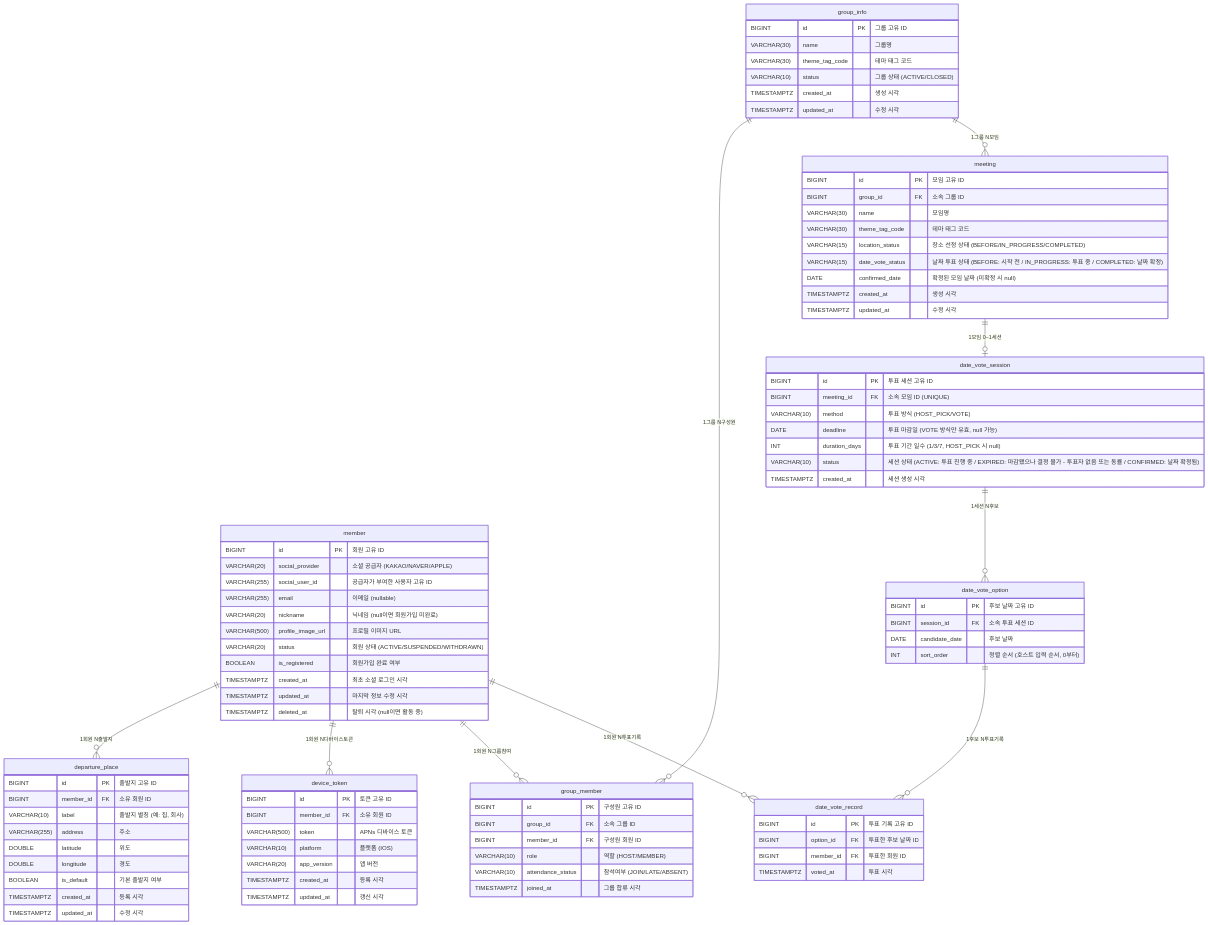
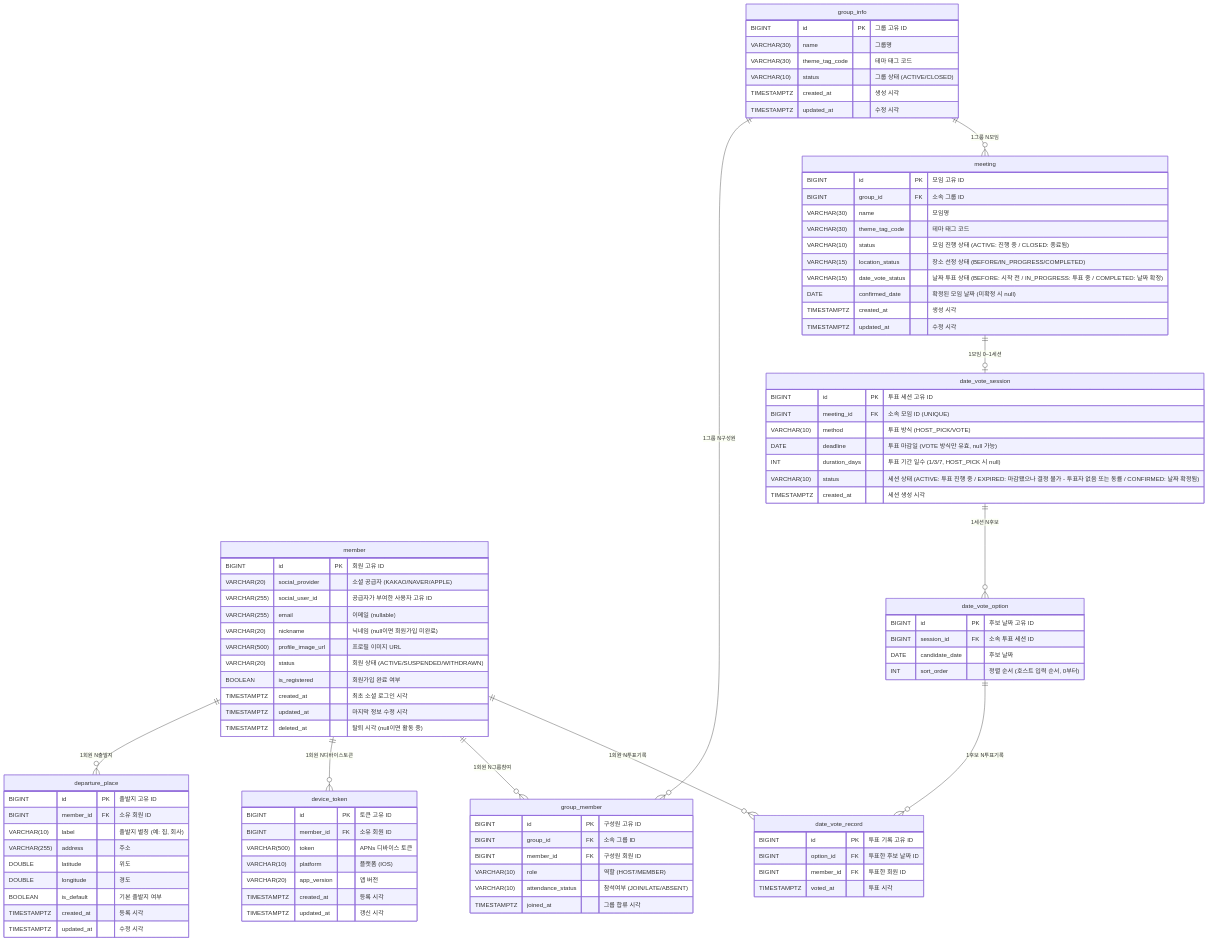
Before and after one commit to DDD-Community/DDD-13-IOS2-Server: the diagram in aidlc-docs/construction/review/fc-7/erd.md, drawn with Mermaid. The commit also changed 17 other files, not shown here.

```diff
--- a/aidlc-docs/construction/review/fc-7/erd.md
+++ b/aidlc-docs/construction/review/fc-7/erd.md
@@ -67,6 +67,7 @@
         BIGINT group_id FK "소속 그룹 ID"
         VARCHAR(30) name "모임명"
         VARCHAR(30) theme_tag_code "테마 태그 코드"
+        VARCHAR(10) status "모임 진행 상태 (ACTIVE: 진행 중 / CLOSED: 종료됨)"
         VARCHAR(15) location_status "장소 선정 상태 (BEFORE/IN_PROGRESS/COMPLETED)"
         VARCHAR(15) date_vote_status "날짜 투표 상태 (BEFORE: 시작 전 / IN_PROGRESS: 투표 중 / COMPLETED: 날짜 확정)"
         DATE confirmed_date "확정된 모임 날짜 (미확정 시 null)"
```
